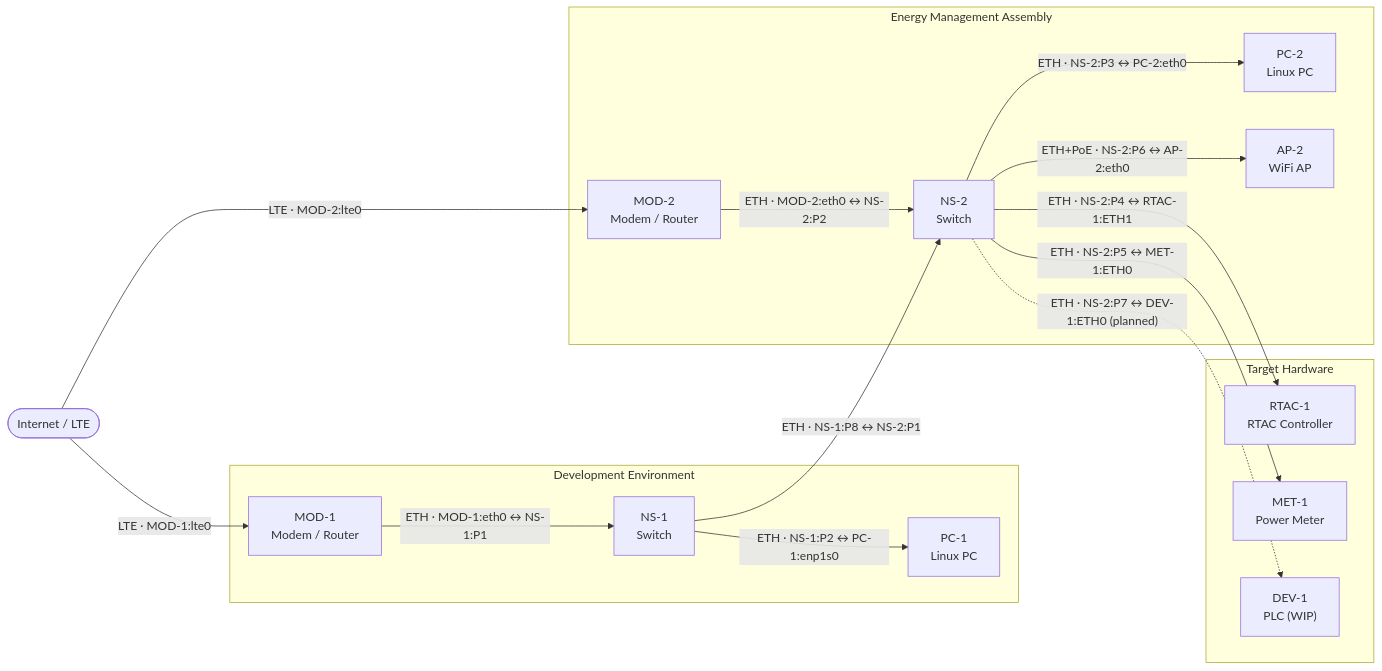
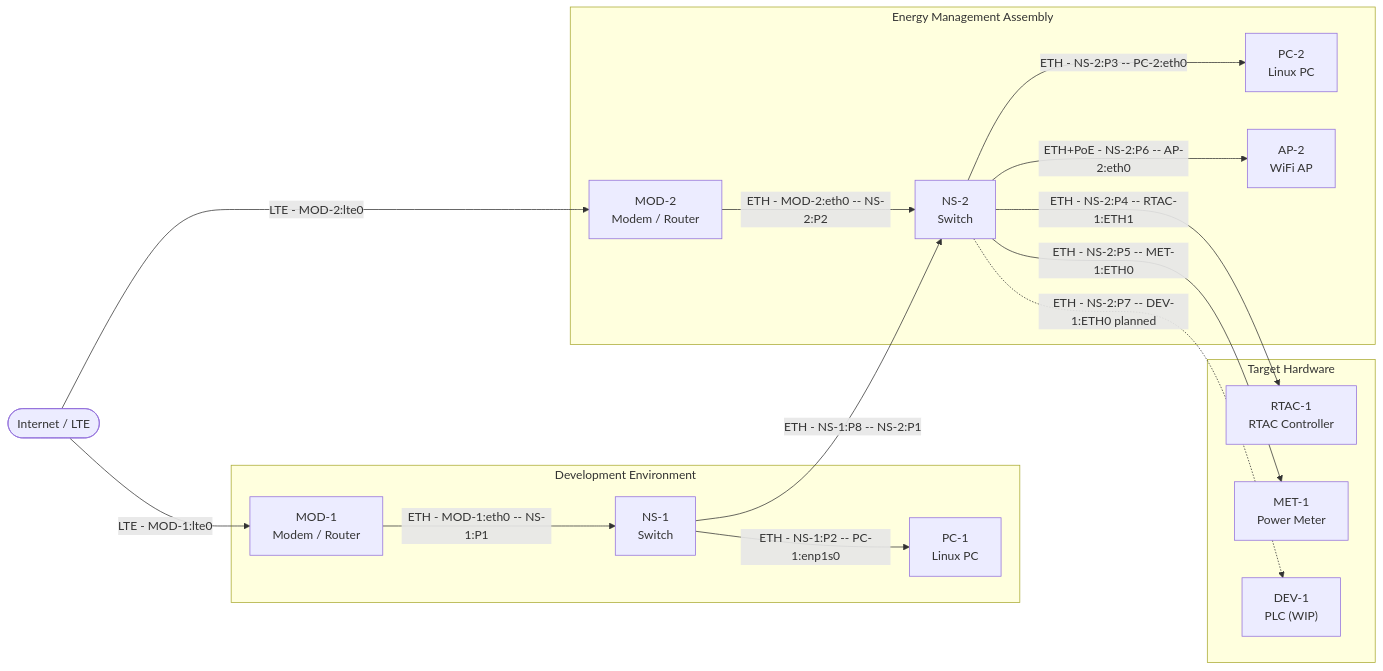
One commit to chadmholcomb/homelab1913 changed the diagram in README.md. Above: the diagram before and after it, drawn with Mermaid.

Commit message:
changed the characters in the network diagram to enable rendering in mermaid charts properly

````diff
--- a/README.md
+++ b/README.md
@@ -9,46 +9,46 @@
 ```mermaid
 graph LR
     WAN(["Internet / LTE"])
 
     subgraph DEV["Development Environment"]
         MOD1["MOD-1\nModem / Router"]
         NS1["NS-1\nSwitch"]
         PC1["PC-1\nLinux PC"]
     end
 
     subgraph EMA["Energy Management Assembly"]
         MOD2["MOD-2\nModem / Router"]
         NS2["NS-2\nSwitch"]
         PC2["PC-2\nLinux PC"]
         AP2["AP-2\nWiFi AP"]
     end
 
     subgraph TGT["Target Hardware"]
         RTAC1["RTAC-1\nRTAC Controller"]
         MET1["MET-1\nPower Meter"]
         DEV1["DEV-1\nPLC (WIP)"]
     end
 
-    WAN -->|"LTE · MOD-1:lte0"| MOD1
-    WAN -->|"LTE · MOD-2:lte0"| MOD2
-    MOD1 -->|"ETH · MOD-1:eth0 ↔ NS-1:P1"| NS1
-    NS1 -->|"ETH · NS-1:P2 ↔ PC-1:enp1s0"| PC1
-    NS1 -->|"ETH · NS-1:P8 ↔ NS-2:P1"| NS2
-    MOD2 -->|"ETH · MOD-2:eth0 ↔ NS-2:P2"| NS2
-    NS2 -->|"ETH · NS-2:P3 ↔ PC-2:eth0"| PC2
-    NS2 -->|"ETH · NS-2:P4 ↔ RTAC-1:ETH1"| RTAC1
-    NS2 -->|"ETH · NS-2:P5 ↔ MET-1:ETH0"| MET1
-    NS2 -->|"ETH+PoE · NS-2:P6 ↔ AP-2:eth0"| AP2
-    NS2 -.->|"ETH · NS-2:P7 ↔ DEV-1:ETH0 (planned)"| DEV1
+    WAN -->|"LTE - MOD-1:lte0"| MOD1
+    WAN -->|"LTE - MOD-2:lte0"| MOD2
+    MOD1 -->|"ETH - MOD-1:eth0 -- NS-1:P1"| NS1
+    NS1 -->|"ETH - NS-1:P2 -- PC-1:enp1s0"| PC1
+    NS1 -->|"ETH - NS-1:P8 -- NS-2:P1"| NS2
+    MOD2 -->|"ETH - MOD-2:eth0 -- NS-2:P2"| NS2
+    NS2 -->|"ETH - NS-2:P3 -- PC-2:eth0"| PC2
+    NS2 -->|"ETH - NS-2:P4 -- RTAC-1:ETH1"| RTAC1
+    NS2 -->|"ETH - NS-2:P5 -- MET-1:ETH0"| MET1
+    NS2 -->|"ETH+PoE - NS-2:P6 -- AP-2:eth0"| AP2
+    NS2 -.->|"ETH - NS-2:P7 -- DEV-1:ETH0 planned"| DEV1
 
     click MOD1 "docs/devices/mod-1.md"
     click MOD2 "docs/devices/mod-2.md"
     click NS1 "docs/devices/ns-1.md"
     click NS2 "docs/devices/ns-2.md"
     click PC1 "docs/devices/pc-1.md"
     click PC2 "docs/devices/pc-2.md"
     click AP2 "docs/devices/ap-2.md"
     click RTAC1 "docs/devices/rtac-1.md"
     click MET1 "docs/devices/met-1.md"
     click DEV1 "docs/devices/dev-1.md"
 ```
````
